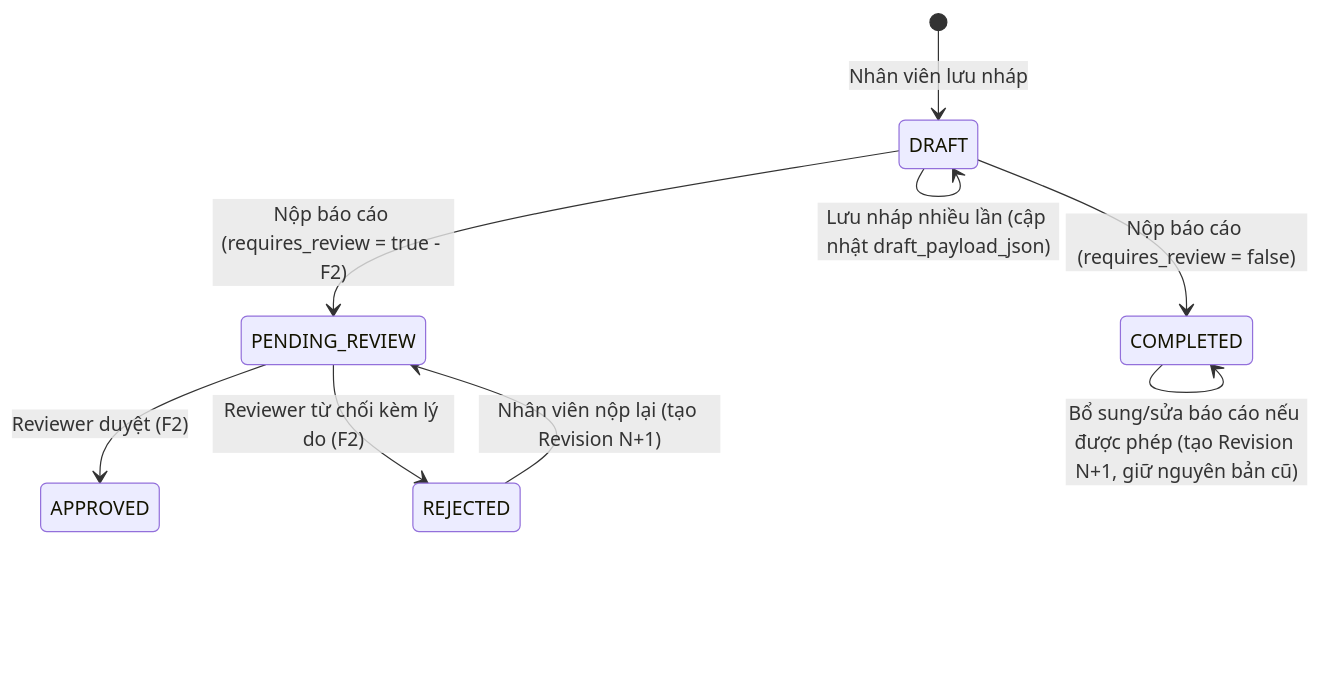
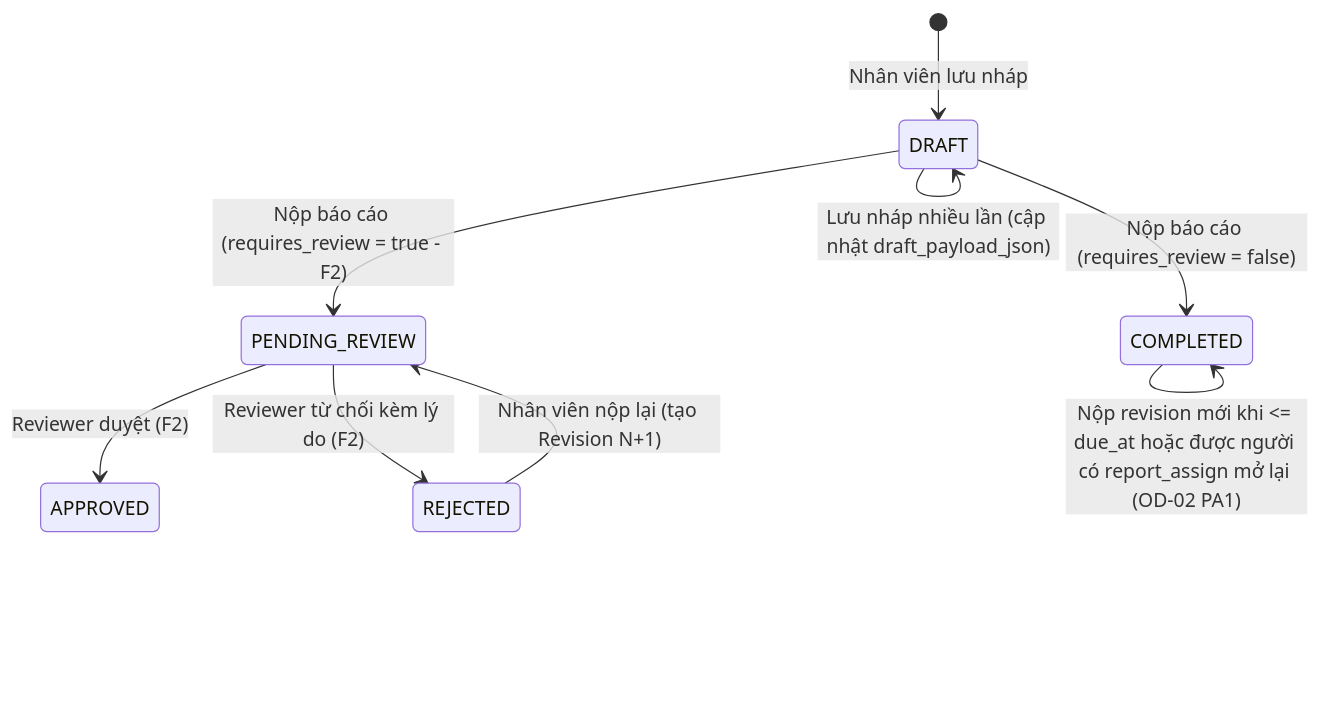
Before and after one commit to nobita6986/mini-bi: the diagram in docs/work-reports/F0-product-contracts-and-open-decisions.md, drawn with Mermaid. The commit also changed other lines of this file and 5 other files, not shown here.

````diff
--- a/docs/work-reports/F0-product-contracts-and-open-decisions.md
+++ b/docs/work-reports/F0-product-contracts-and-open-decisions.md
@@ -137,11 +138,11 @@
 ```mermaid
 stateDiagram-v2
     [*] --> DRAFT: Nhân viên lưu nháp
     DRAFT --> DRAFT: Lưu nháp nhiều lần (cập nhật draft_payload_json)
     DRAFT --> COMPLETED: Nộp báo cáo (requires_review = false)
     DRAFT --> PENDING_REVIEW: Nộp báo cáo (requires_review = true - F2)
     PENDING_REVIEW --> APPROVED: Reviewer duyệt (F2)
     PENDING_REVIEW --> REJECTED: Reviewer từ chối kèm lý do (F2)
     REJECTED --> PENDING_REVIEW: Nhân viên nộp lại (tạo Revision N+1)
-    COMPLETED --> COMPLETED: Bổ sung/sửa báo cáo nếu được phép (tạo Revision N+1, giữ nguyên bản cũ)
+    COMPLETED --> COMPLETED: Nộp revision mới khi <= due_at hoặc được người có report_assign mở lại (OD-02 PA1)
 ```
````
